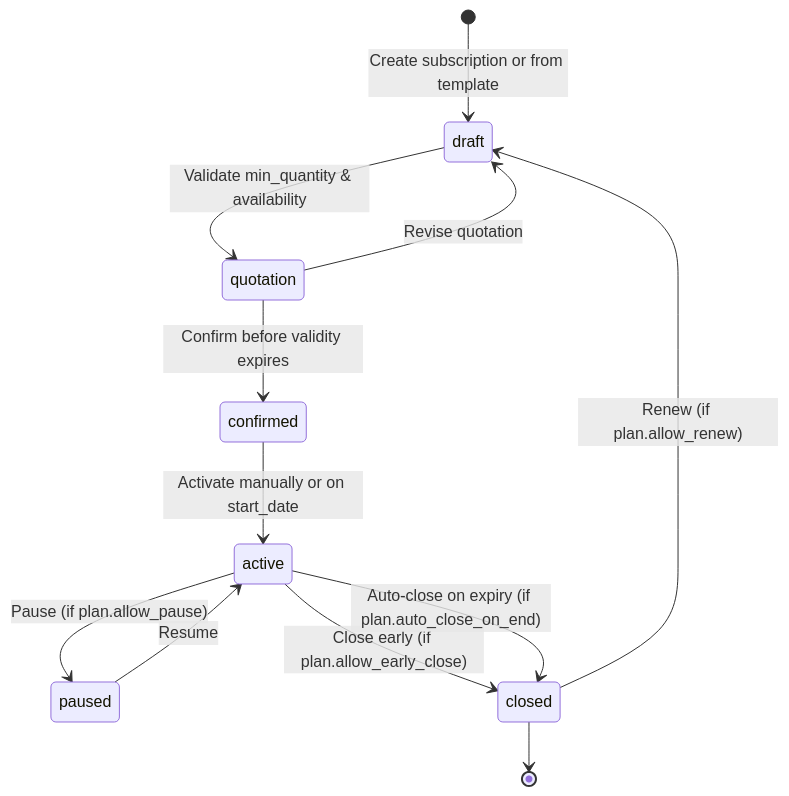
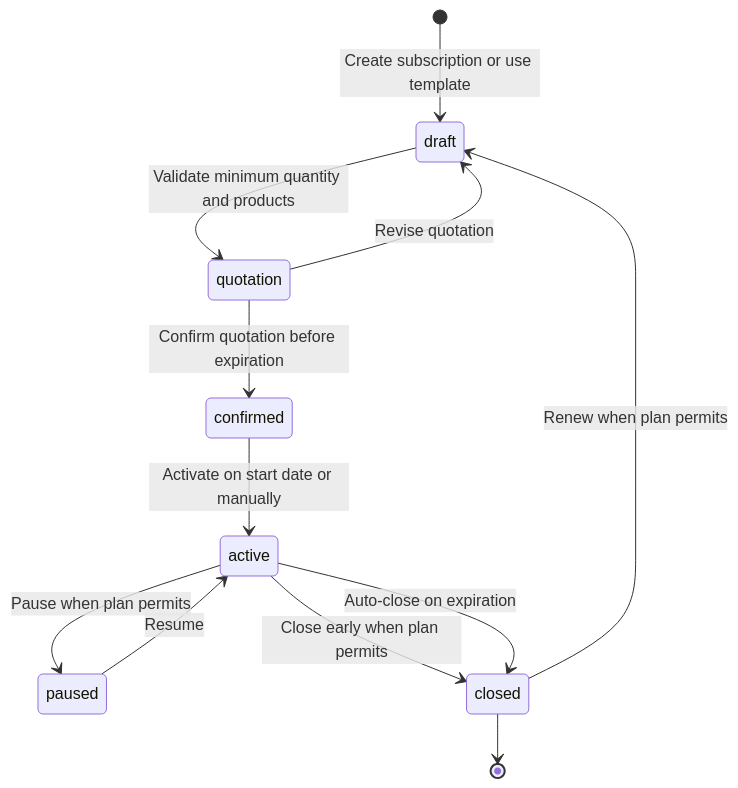
Before and after one commit to Harisankar005/orbitledger-subscription-ops: the second of 3 diagrams in docs/ARCHITECTURE.md, drawn with Mermaid. The commit also changed other lines of this file and 6 other files, not shown here.

````diff
--- a/docs/ARCHITECTURE.md
+++ b/docs/ARCHITECTURE.md
@@ -51,14 +42,14 @@
 ```mermaid
 stateDiagram-v2
-    [*] --> draft: Create subscription or from template
-    draft --> quotation: Validate min_quantity & availability
-    quotation --> confirmed: Confirm before validity expires
+    [*] --> draft: Create subscription or use template
+    draft --> quotation: Validate minimum quantity and products
+    quotation --> confirmed: Confirm quotation before expiration
     quotation --> draft: Revise quotation
-    confirmed --> active: Activate manually or on start_date
-    active --> paused: Pause (if plan.allow_pause)
+    confirmed --> active: Activate on start date or manually
+    active --> paused: Pause when plan permits
     paused --> active: Resume
-    active --> closed: Close early (if plan.allow_early_close)
-    active --> closed: Auto-close on expiry (if plan.auto_close_on_end)
+    active --> closed: Close early when plan permits
+    active --> closed: Auto-close on expiration
     closed --> [*]
-    closed --> draft: Renew (if plan.allow_renew)
+    closed --> draft: Renew when plan permits
 ```
````
